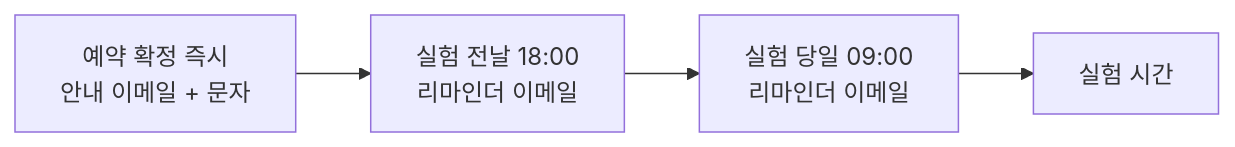
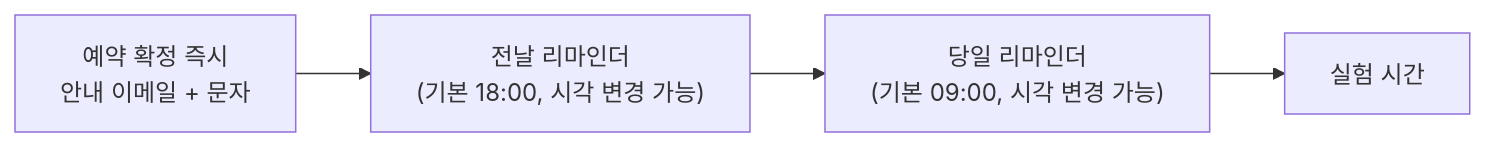
Before and after one commit to CSNL-vnilab/Exp_Platform_by_Joonoh: the second of 3 diagrams in README.md, drawn with Mermaid. The commit also changed other lines of this file, not shown here.

````diff
--- a/README.md
+++ b/README.md
@@ -257,8 +259,8 @@
 ```mermaid
 flowchart LR
   E1["예약 확정 즉시<br/>안내 이메일 + 문자"]
-  E2["실험 전날 18:00<br/>리마인더 이메일"]
-  E3["실험 당일 09:00<br/>리마인더 이메일"]
+  E2["전날 리마인더<br/>(기본 18:00, 시각 변경 가능)"]
+  E3["당일 리마인더<br/>(기본 09:00, 시각 변경 가능)"]
   S["실험 시간"]
   E1 --> E2 --> E3 --> S
 ```
````
